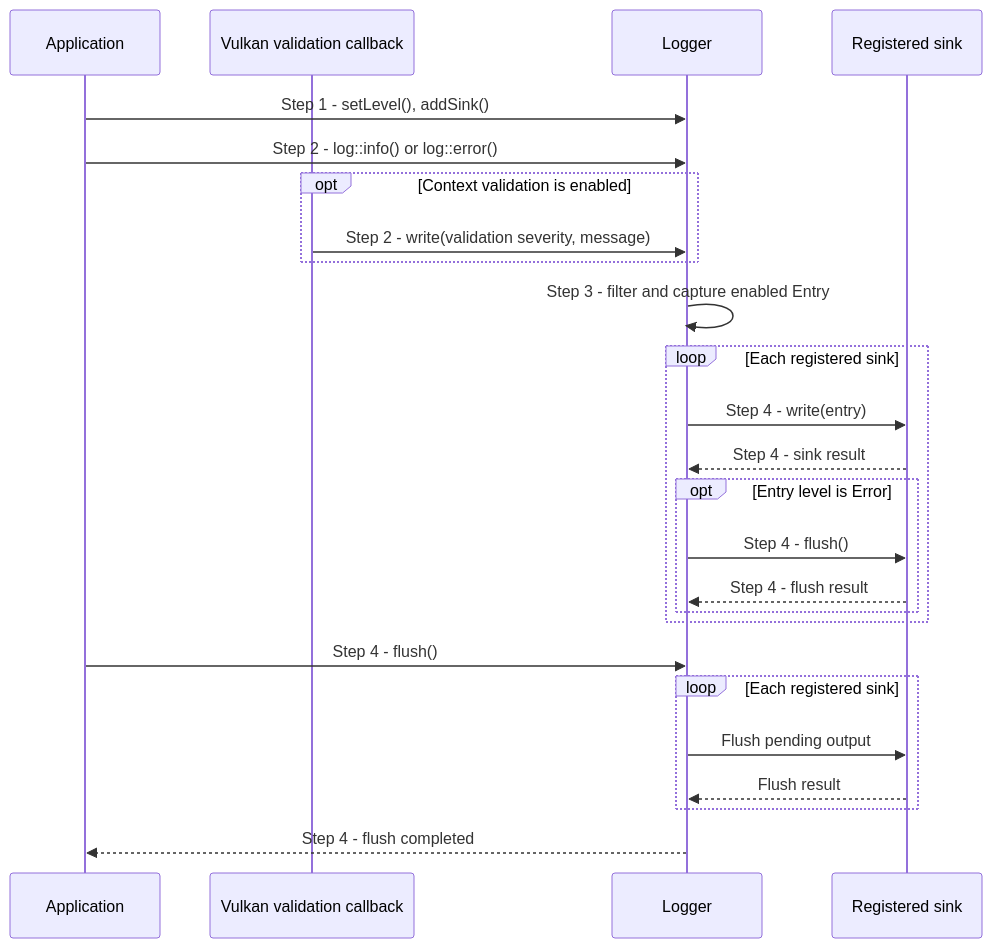
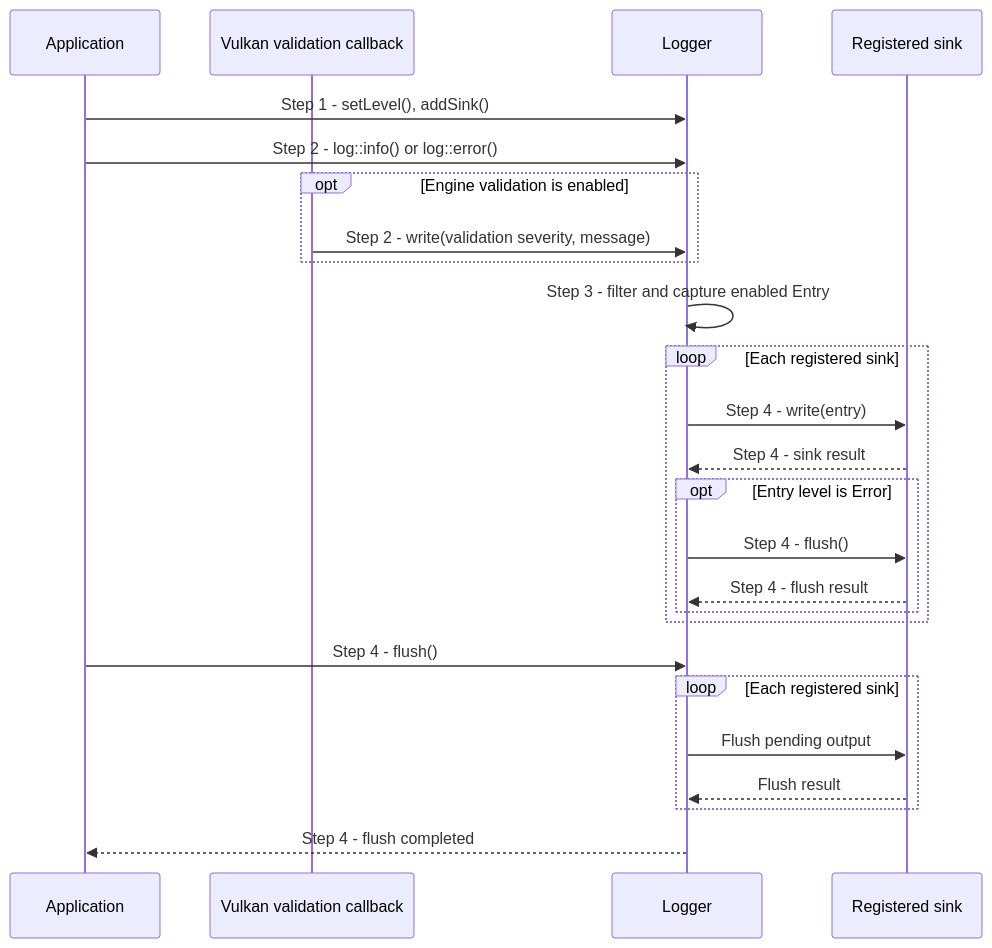
One commit to a-soltysik/Panda changed the diagram in docs/use-cases/configure-diagnostics.md. Above: the diagram before and after it, drawn with Mermaid. The commit also changed other lines of this file and 158 other files, not shown here.

Commit message:
Refactor Vulkan Context API to Engine (#120)

````diff
--- a/docs/use-cases/configure-diagnostics.md
+++ b/docs/use-cases/configure-diagnostics.md
@@ -36,27 +36,27 @@
 ```mermaid
 sequenceDiagram
     participant A as Application
     participant V as Vulkan validation callback
     participant L as Logger
     participant S as Registered sink
     A ->> L: Step 1 - setLevel(), addSink()
     A ->> L: Step 2 - log::info() or log::error()
-    opt Context validation is enabled
+    opt Engine validation is enabled
         V ->> L: Step 2 - write(validation severity, message)
     end
     L ->> L: Step 3 - filter and capture enabled Entry
     loop Each registered sink
         L ->> S: Step 4 - write(entry)
         S -->> L: Step 4 - sink result
         opt Entry level is Error
             L ->> S: Step 4 - flush()
             S -->> L: Step 4 - flush result
         end
     end
     A ->> L: Step 4 - flush()
     loop Each registered sink
         L ->> S: Flush pending output
         S -->> L: Flush result
     end
     L -->> A: Step 4 - flush completed
 ```
````
